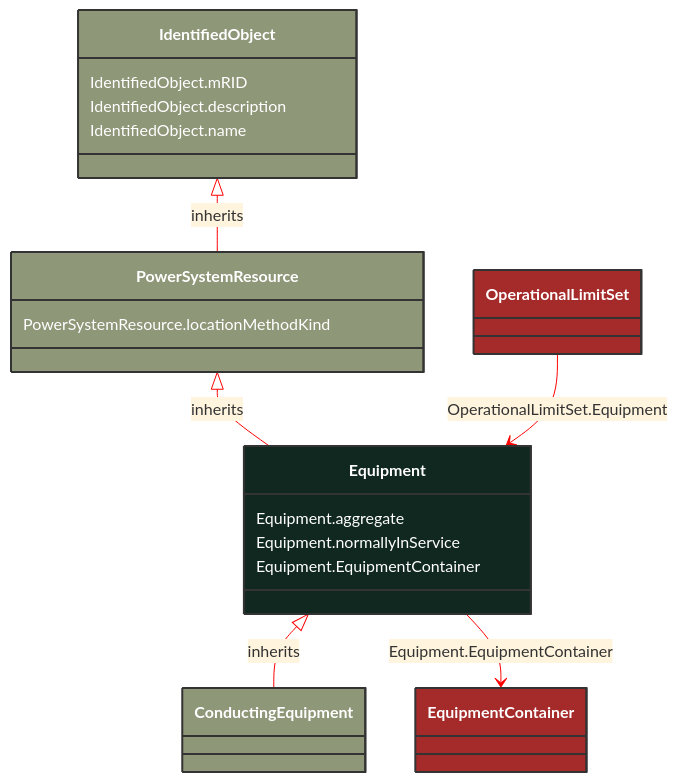
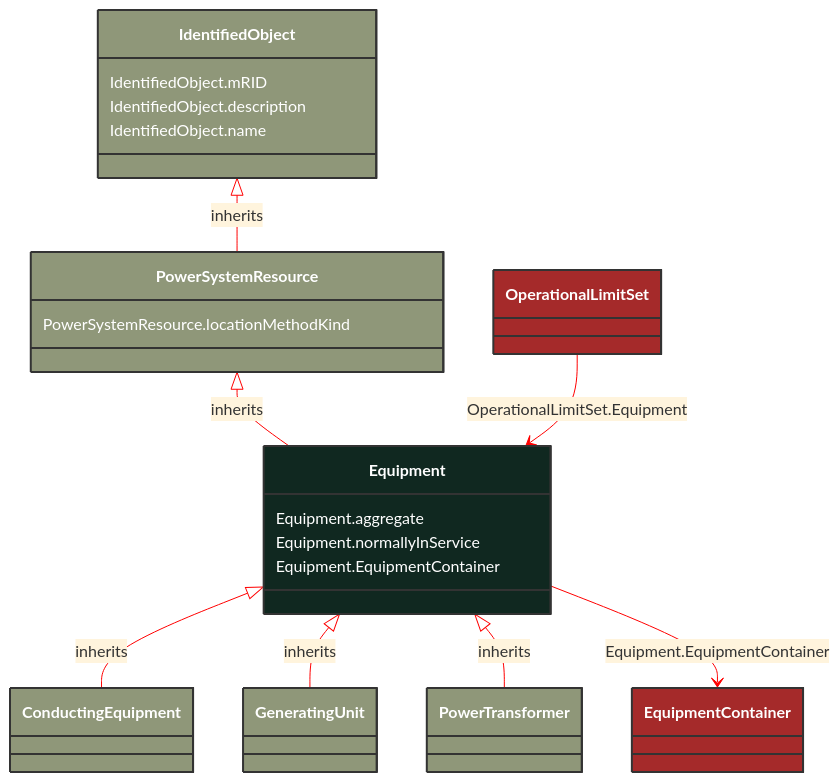
One commit to 3lbits/NoCIMExtensions changed the diagram in docs/Models/Profiles/Telemark-120Equipment/AbstractClasses/Equipment.md. Above: the diagram before and after it, drawn with Mermaid. The commit also changed 63 other files, not shown here.

````diff
--- a/docs/Models/Profiles/Telemark-120Equipment/AbstractClasses/Equipment.md
+++ b/docs/Models/Profiles/Telemark-120Equipment/AbstractClasses/Equipment.md
@@ -10,42 +10,54 @@
 ```mermaid
 %%{init: {'theme':'base','themeVariables': {'lineColor': '#FF0000'}}}%%
 classDiagram
     class Equipment
     click Equipment href "/Models/Profiles/Telemark-120Equipment/AbstractClasses/Equipment/"
     style Equipment fill:#102820,stroke:#333,stroke-width:2px,rx:10,ry:10,color:white
 
         Equipment <|-- ConductingEquipment : inherits
 
         ConductingEquipment
             click ConductingEquipment href "/Models/Profiles/Telemark-120Equipment/AbstractClasses/ConductingEquipment/"
             style ConductingEquipment fill:#8F9779,stroke:#333,stroke-width:2px,rx:10,ry:10,color:white
+
+        Equipment <|-- GeneratingUnit : inherits
+
+        GeneratingUnit
+            click GeneratingUnit href "/Models/Profiles/Telemark-120Equipment/ConcreteClasses/GeneratingUnit/"
+            style GeneratingUnit fill:#8F9779,stroke:#333,stroke-width:2px,rx:10,ry:10,color:white
+
+        Equipment <|-- PowerTransformer : inherits
+
+        PowerTransformer
+            click PowerTransformer href "/Models/Profiles/Telemark-120Equipment/ConcreteClasses/PowerTransformer/"
+            style PowerTransformer fill:#8F9779,stroke:#333,stroke-width:2px,rx:10,ry:10,color:white
      
         PowerSystemResource <|-- Equipment : inherits
             click PowerSystemResource href "/Models/Profiles/Telemark-120Equipment/AbstractClasses/PowerSystemResource/"
             style PowerSystemResource fill:#8F9779,stroke:#333,stroke-width:2px,rx:10,ry:10,color:white
      
         IdentifiedObject <|-- PowerSystemResource : inherits
             click IdentifiedObject href "/Models/Profiles/Telemark-120Equipment/AbstractClasses/IdentifiedObject/"
             style IdentifiedObject fill:#8F9779,stroke:#333,stroke-width:2px,rx:10,ry:10,color:white
 
         Equipment --> EquipmentContainer : Equipment.EquipmentContainer
 
         EquipmentContainer
             click EquipmentContainer href "/Models/Profiles/Telemark-120Equipment/ConcreteClasses/EquipmentContainer/"
             style EquipmentContainer fill:#A52A2A,stroke:#333,stroke-width:2px,rx:10,ry:10,color:white
 
         OperationalLimitSet --> Equipment : OperationalLimitSet.Equipment
 
         OperationalLimitSet
             click OperationalLimitSet href "/Models/Profiles/Telemark-120Equipment/ConcreteClasses/OperationalLimitSet/"
             style OperationalLimitSet fill:#A52A2A,stroke:#333,stroke-width:2px,rx:10,ry:10,color:white
 
 
         Equipment : Equipment.aggregate
         Equipment : Equipment.normallyInService
         Equipment : Equipment.EquipmentContainer
         PowerSystemResource : PowerSystemResource.locationMethodKind
         IdentifiedObject : IdentifiedObject.mRID
         IdentifiedObject : IdentifiedObject.description
         IdentifiedObject : IdentifiedObject.name
 ```
````
